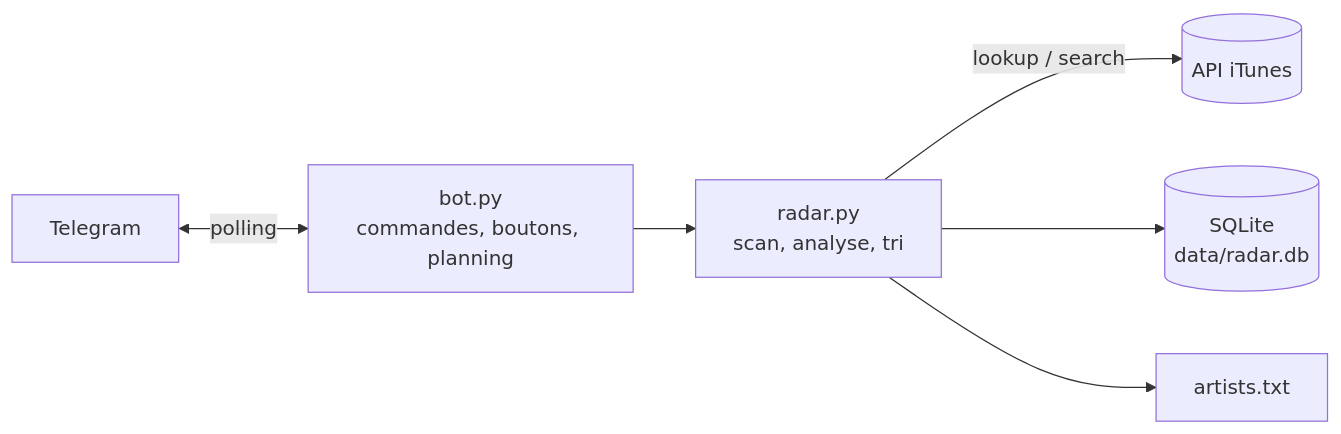
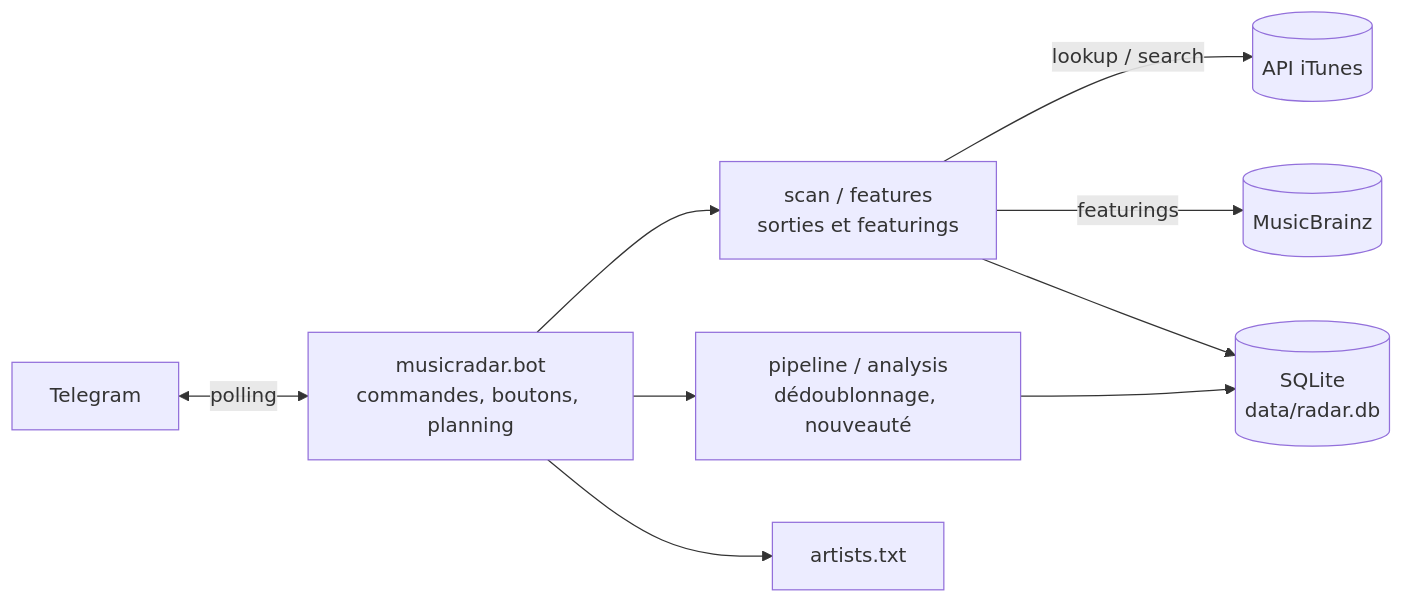
The diagram in README.md (GalaanB/music-radar), drawn with Mermaid before and after one commit. The commit also changed other lines of this file and 42 other files, not shown here.

Commit message:
Featurings via MusicBrainz, robustesse, récap du vendredi, découpage en modules

````diff
--- a/README.md
+++ b/README.md
@@ -53,8 +59,10 @@
 ```mermaid
 flowchart LR
-    T[Telegram] <-->|polling| B[bot.py<br/>commandes, boutons, planning]
-    B --> R[radar.py<br/>scan, analyse, tri]
-    R -->|lookup / search| I[(API iTunes)]
-    R --> D[(SQLite<br/>data/radar.db)]
-    R --> A[artists.txt]
+    T[Telegram] <-->|polling| B[musicradar.bot<br/>commandes, boutons, planning]
+    B --> S[scan / features<br/>sorties et featurings]
+    B --> P[pipeline / analysis<br/>dédoublonnage, nouveauté]
+    S -->|lookup / search| I[(API iTunes)]
+    S -->|featurings| M[(MusicBrainz)]
+    S & P --> D[(SQLite<br/>data/radar.db)]
+    B --> A[artists.txt]
 ```
````
